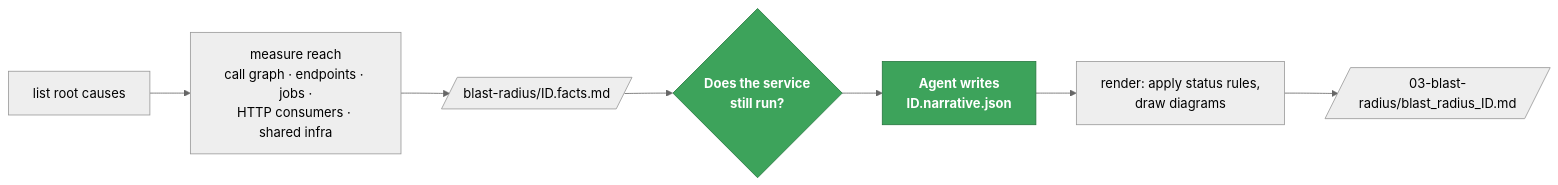
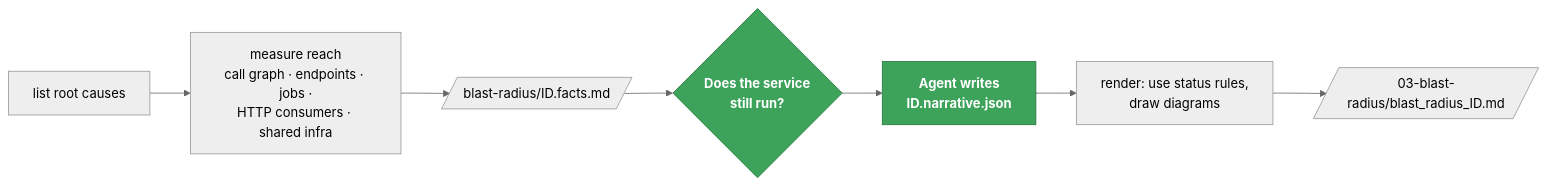
Before and after one commit to KrishnaAnnavaram/MARS: diagram 16 of 31 in README.md, drawn with Mermaid (neutral theme). The commit also changed other lines of this file and 1 other file, not shown here.

````diff
--- a/README.md
+++ b/README.md
@@ -908,12 +950,12 @@
 ```mermaid
 flowchart LR
     L["list root causes"] --> M["measure reach<br/>call graph · endpoints · jobs ·<br/>HTTP consumers · shared infra"]
     M --> F[/"blast-radius/ID.facts.md"/]
     F --> Q{"Does the service<br/>still run?"}
     Q --> N["Agent writes<br/>ID.narrative.json"]
-    N --> R["render: apply status rules,<br/>draw diagrams"]
+    N --> R["render: use status rules,<br/>draw diagrams"]
     R --> O[/"03-blast-radius/blast_radius_ID.md"/]
 
     classDef agent fill:#3DA35B,stroke:#26773f,color:#fff,font-weight:bold
     class Q,N agent
 ```
````
